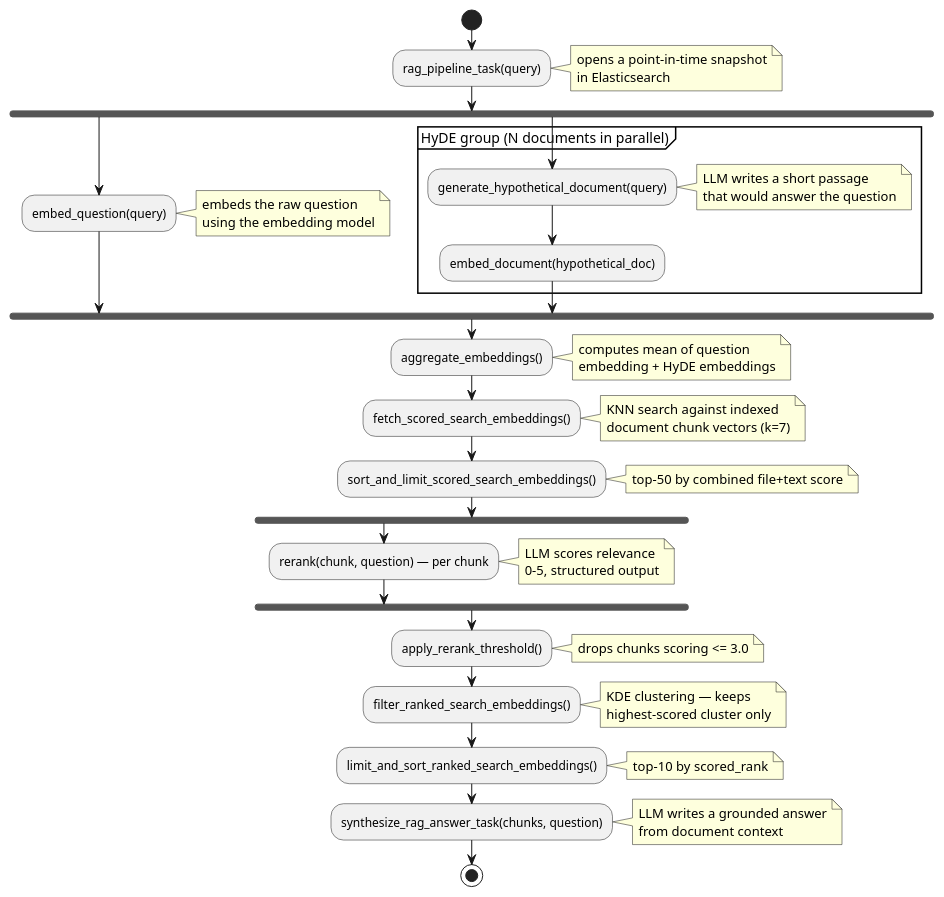
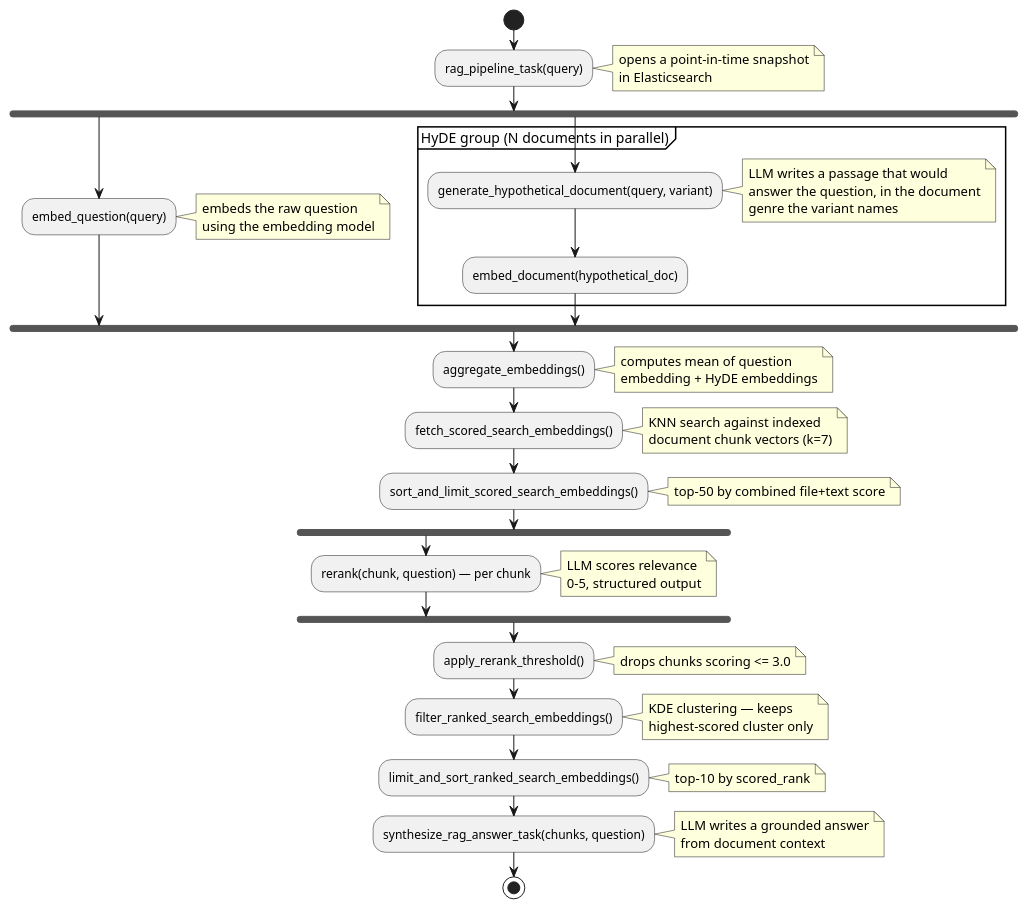
The fourth of 4 diagrams in Documentation/ai.md (Swiss-Armed-Forces/Loom), drawn with PlantUML before and after one commit. The commit also changed other lines of this file and 4 other files, not shown here.

````diff
--- a/Documentation/ai.md
+++ b/Documentation/ai.md
@@ -746,47 +746,47 @@
 ```plantuml
 @startuml
 start
 
 :rag_pipeline_task(query);
 note right: opens a point-in-time snapshot\nin Elasticsearch
 
 fork
   :embed_question(query);
   note right: embeds the raw question\nusing the embedding model
 fork again
   group HyDE group (N documents in parallel) {
-    :generate_hypothetical_document(query);
-    note right: LLM writes a short passage\nthat would answer the question
+    :generate_hypothetical_document(query, variant);
+    note right: LLM writes a passage that would\nanswer the question, in the document\ngenre the variant names
     :embed_document(hypothetical_doc);
   }
 end fork
 
 :aggregate_embeddings();
 note right: computes mean of question\nembedding + HyDE embeddings
 
 :fetch_scored_search_embeddings();
 note right: KNN search against indexed\ndocument chunk vectors (k=7)
 
 :sort_and_limit_scored_search_embeddings();
 note right: top-50 by combined file+text score
 
 fork
   :rerank(chunk, question) — per chunk;
   note right: LLM scores relevance\n0–5, structured output
 end fork
 
 :apply_rerank_threshold();
 note right: drops chunks scoring <= 3.0
 
 :filter_ranked_search_embeddings();
 note right: KDE clustering — keeps\nhighest-scored cluster only
 
 :limit_and_sort_ranked_search_embeddings();
 note right: top-10 by scored_rank
 
 :synthesize_rag_answer_task(chunks, question);
 note right: LLM writes a grounded answer\nfrom document context
 
 stop
 @enduml
 ```
````
